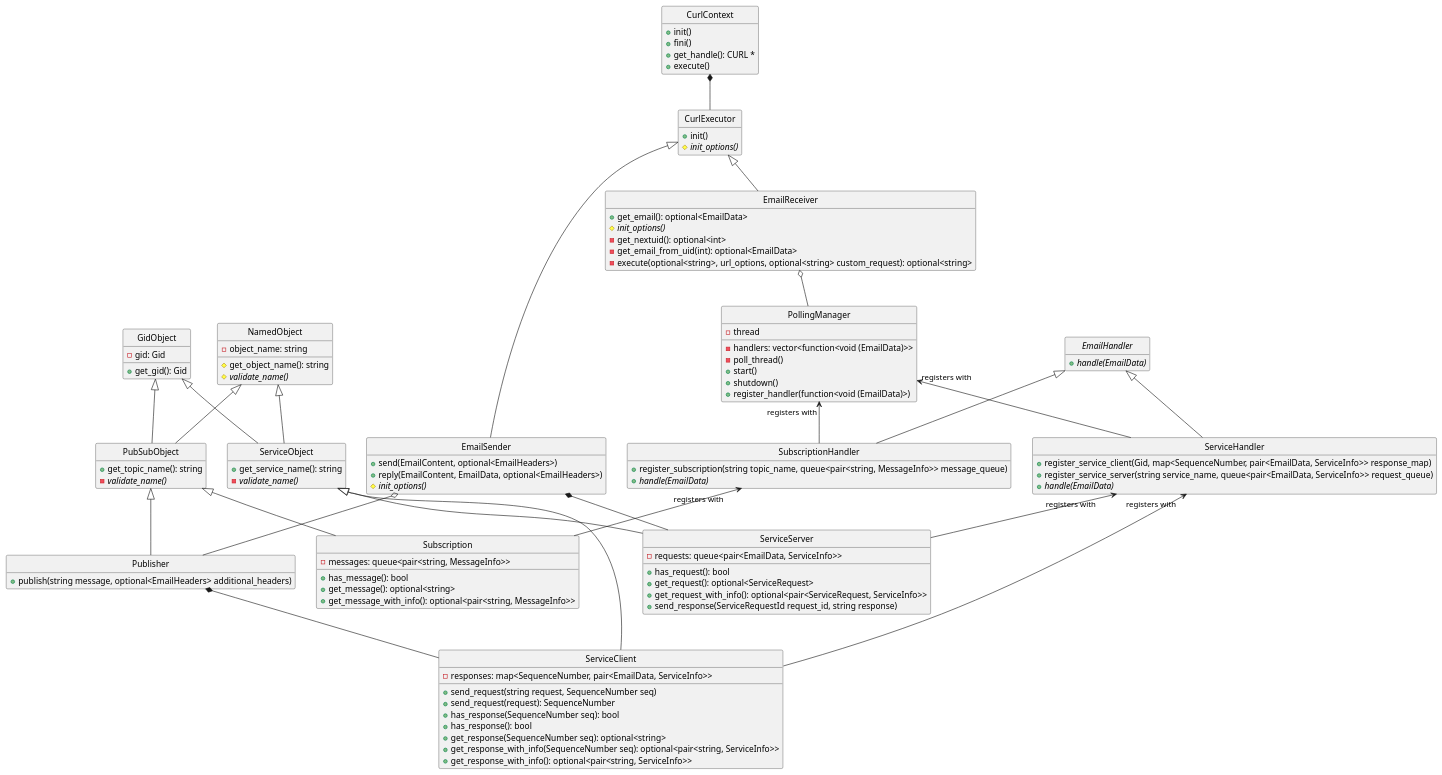
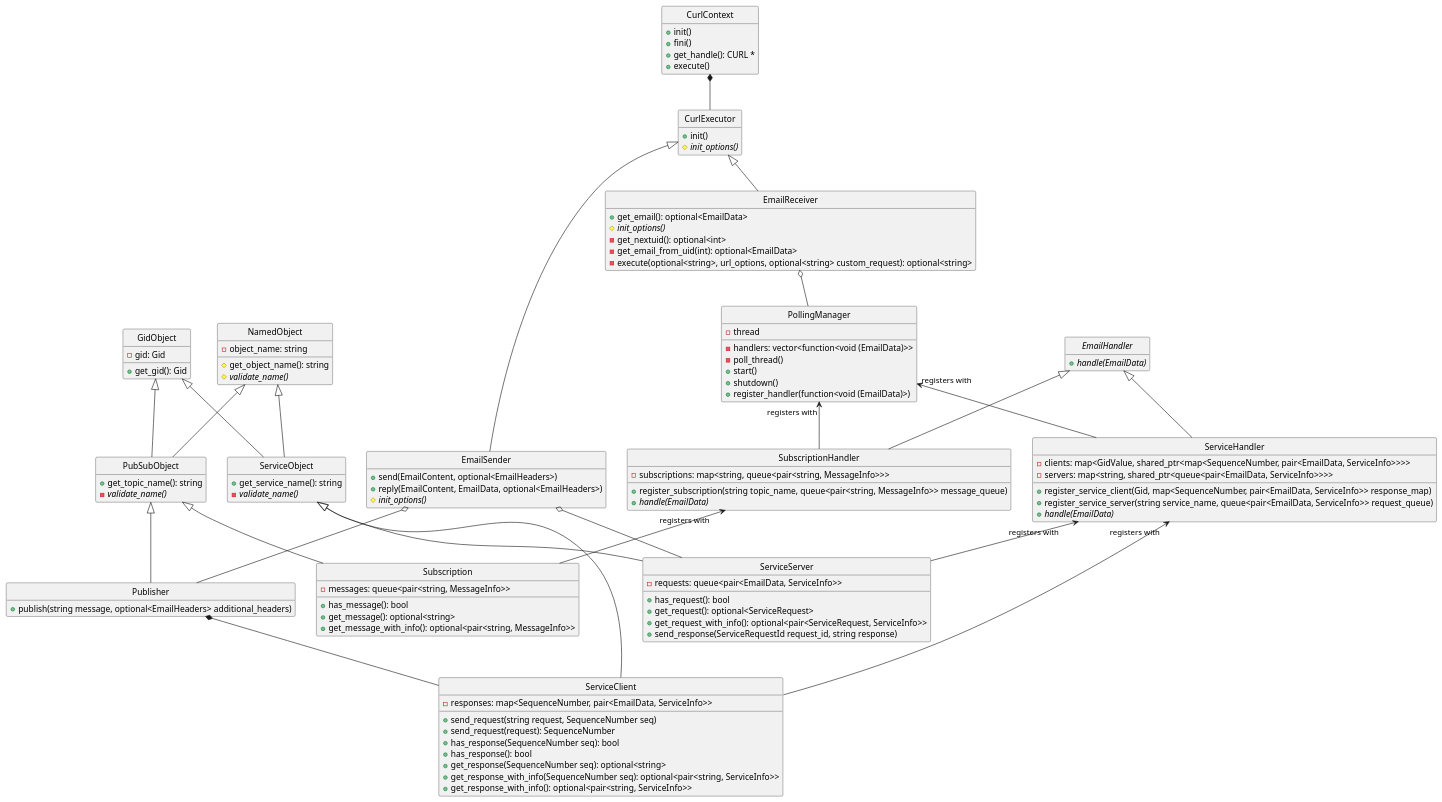
One commit to christophebedard/rmw_email changed the first of 5 diagrams in email/doc/design.md. Above: the diagram before and after it, drawn with PlantUML. The commit also changed other lines of this file, not shown here.

Commit message:
Improve email design doc and fix minor details (#250)

````diff
--- a/email/doc/design.md
+++ b/email/doc/design.md
@@ -95,5 +95,10 @@
 ```plantuml
 @startuml
+
+hide empty attributes
+hide empty methods
+hide circle
+
 
 class CurlContext {
    +init()
@@ -101,16 +106,11 @@
    +get_handle(): CURL *
    +execute()
 }
-hide CurlContext fields
-hide CurlContext circle
 
 class CurlExecutor {
    +init()
    #init_options() {abstract}
-   #context: CurlContext
 }
-hide CurlExecutor fields
-hide CurlExecutor circle
 CurlContext *-- CurlExecutor
 
 
@@ -119,8 +119,6 @@
    +reply(EmailContent, EmailData, optional<EmailHeaders>)
    #init_options() {abstract}
 }
-hide EmailSender fields
-hide EmailSender circle
 CurlExecutor <|-- EmailSender
 
 class EmailReceiver {
@@ -130,8 +128,6 @@
    -get_email_from_uid(int): optional<EmailData>
    -execute(optional<string>, url_options, optional<string> custom_request): optional<string>
 }
-hide EmailReceiver fields
-hide EmailReceiver circle
 CurlExecutor <|-- EmailReceiver
 
 
@@ -144,34 +140,27 @@
    +register_handler(function<void (EmailData)>)
 }
 EmailReceiver o-- PollingManager
-hide PollingManager circle
 
 abstract class EmailHandler {
    +handle(EmailData) {abstract}
 }
-hide EmailHandler fields
-hide EmailHandler circle
 
 
 class SubscriptionHandler {
-   -subscriptions
+   -subscriptions: map<string, queue<pair<string, MessageInfo>>>
    +register_subscription(string topic_name, queue<pair<string, MessageInfo>> message_queue)
    +handle(EmailData) {abstract}
 }
-hide SubscriptionHandler fields
-hide SubscriptionHandler circle
 EmailHandler <|-- SubscriptionHandler
 PollingManager "registers with" <-- SubscriptionHandler
 
 class ServiceHandler {
-   -clients
-   -servers
+   -clients: map<GidValue, shared_ptr<map<SequenceNumber, pair<EmailData, ServiceInfo>>>>
+   -servers: map<string, shared_ptr<queue<pair<EmailData, ServiceInfo>>>>
    +register_service_client(Gid, map<SequenceNumber, pair<EmailData, ServiceInfo>> response_map)
    +register_service_server(string service_name, queue<pair<EmailData, ServiceInfo>> request_queue)
    +handle(EmailData) {abstract}
 }
-hide ServiceHandler fields
-hide ServiceHandler circle
 EmailHandler <|-- ServiceHandler
 PollingManager "registers with" <-- ServiceHandler
 
@@ -180,20 +169,16 @@
    -gid: Gid
    +get_gid(): Gid
 }
-hide GidObject circle
 class NamedObject {
    -object_name: string
    #get_object_name(): string
    #validate_name() {abstract}
 }
-hide NamedObject circle
 
 class PubSubObject {
    +get_topic_name(): string
    -validate_name() {abstract}
 }
-hide PubSubObject fields
-hide PubSubObject circle
 GidObject <|-- PubSubObject
 NamedObject <|-- PubSubObject
 
@@ -201,8 +186,6 @@
    +get_service_name(): string
    -validate_name() {abstract}
 }
-hide ServiceObject fields
-hide ServiceObject circle
 GidObject <|-- ServiceObject
 NamedObject <|-- ServiceObject
 
@@ -210,8 +193,6 @@
 class Publisher {
    +publish(string message, optional<EmailHeaders> additional_headers)
 }
-hide Publisher fields
-hide Publisher circle
 PubSubObject <|-- Publisher
 EmailSender o-- Publisher
 
@@ -221,7 +202,6 @@
    +get_message(): optional<string>
    +get_message_with_info(): optional<pair<string, MessageInfo>>
 }
-hide Subscription circle
 PubSubObject <|-- Subscription
 SubscriptionHandler "registers with" <-- Subscription
 
@@ -236,7 +216,6 @@
    +get_response_with_info(SequenceNumber seq): optional<pair<string, ServiceInfo>>
    +get_response_with_info(): optional<pair<string, ServiceInfo>>
 }
-hide ServiceClient circle
 ServiceObject <|-- ServiceClient
 Publisher *-- ServiceClient
 ServiceHandler "registers with" <-- ServiceClient
@@ -248,9 +227,8 @@
    +get_request_with_info(): optional<pair<ServiceRequest, ServiceInfo>>
    +send_response(ServiceRequestId request_id, string response)
 }
-hide ServiceServer circle
 ServiceObject <|-- ServiceServer
-EmailSender *-- ServiceServer
+EmailSender o-- ServiceServer
 ServiceHandler "registers with" <-- ServiceServer
 
 @enduml
````
